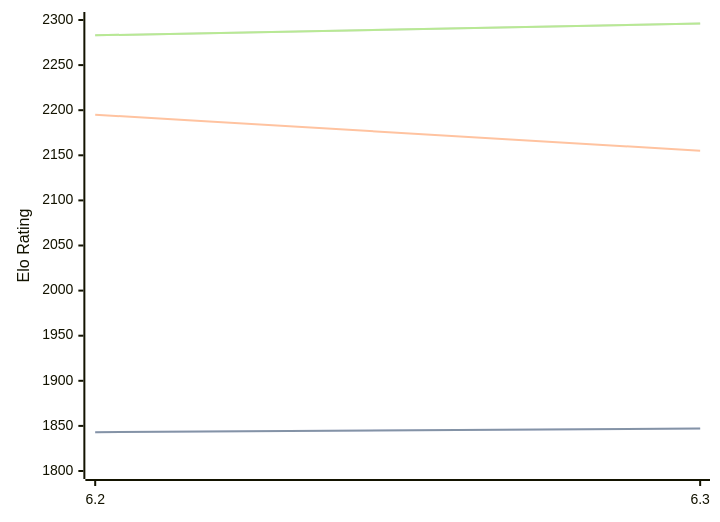
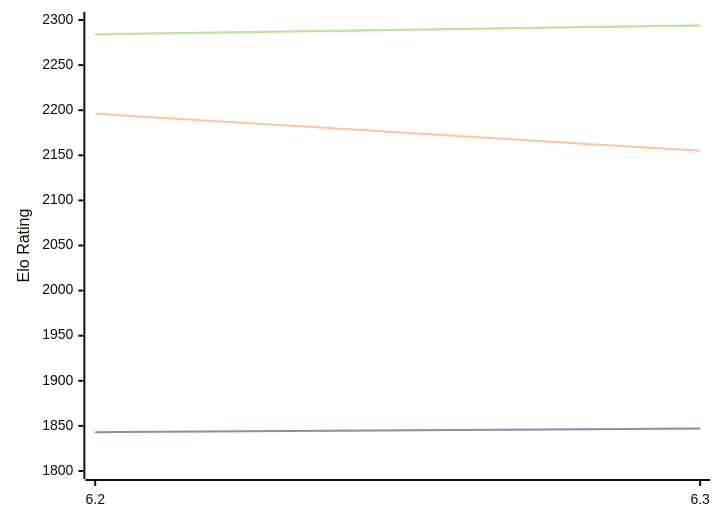
One commit to computer-chess-index/cci changed the third of 3 diagrams in engines/chess4j.md. Above: the diagram before and after it, drawn with Mermaid. The commit also changed other lines of this file, not shown here.

Commit message:
Update CCI Ratings (ELO VLTC) - 2026-07-17

````diff
--- a/engines/chess4j.md
+++ b/engines/chess4j.md
@@ -71,11 +71,11 @@
 ```mermaid
 %%{init: {"theme":"base","themeVariables":{"seriesColors:['#a3a3a3','#222221','#faa371']}}}%%
 xychart-beta
   x-axis ["6.2", "6.3"]
   y-axis "Elo Rating" 1800 --> 2300
   line "STC (8.0+0.08s)" [1843, 1847]
   line "STC (8.0+0.08s)" [1843, 1847]
-  line "LTC (60.0+0.60s)" [2195, 2155]
-  line "VLTC (2m24s+1.12s)" [2283, 2296]
-  line "VLTC (2m24s+1.12s)" [2283, 2296]
+  line "LTC (60.0+0.60s)" [2196, 2155]
+  line "VLTC (2m24s+1.12s)" [2284, 2294]
+  line "VLTC (2m24s+1.12s)" [2284, 2294]
 ```
````
